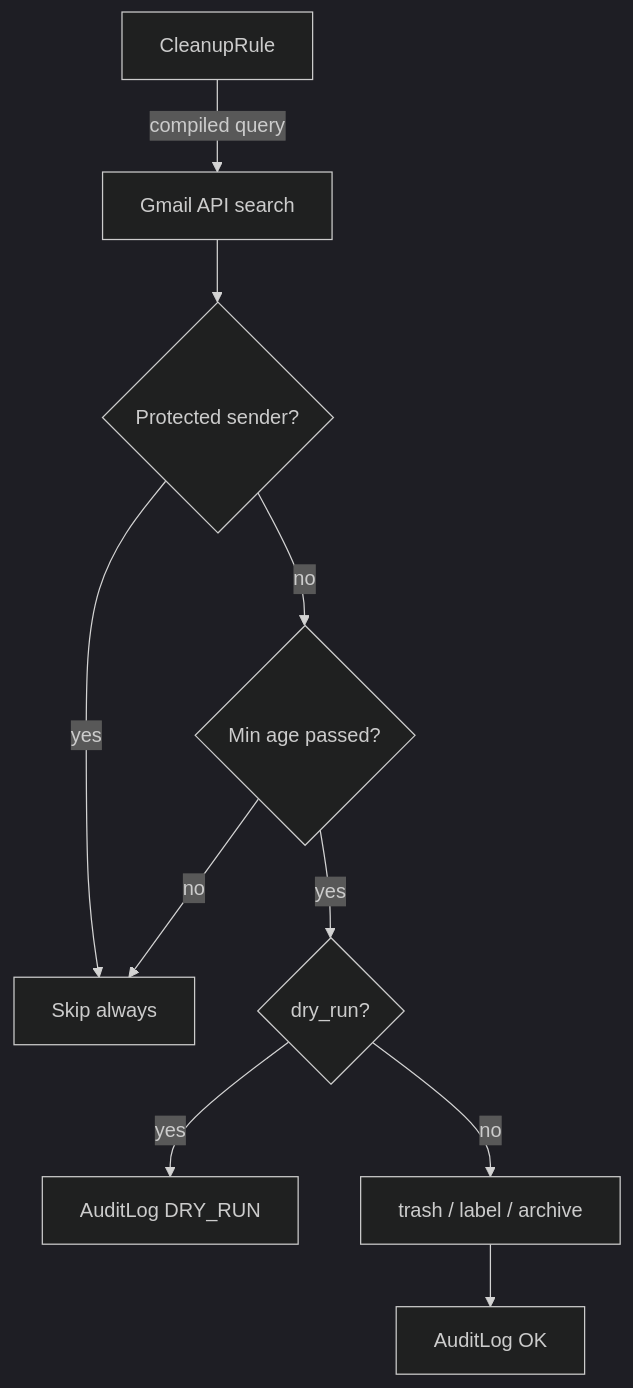
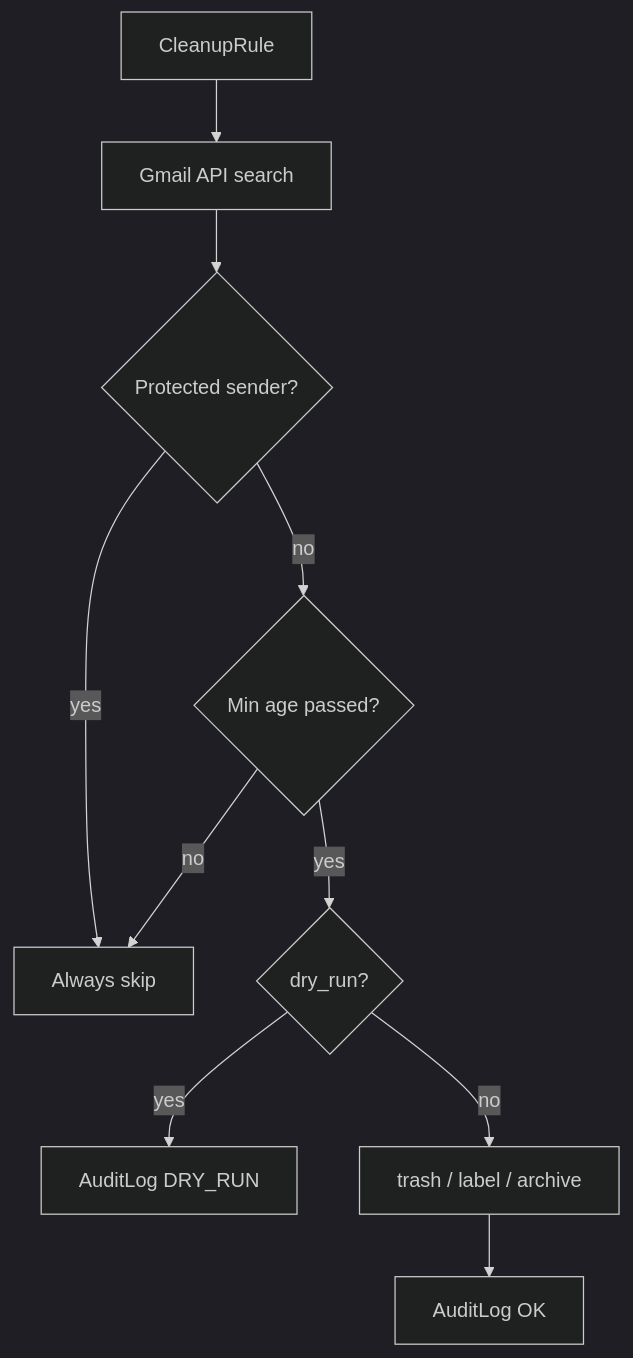
One commit to devadalberto/backdeezup changed the fourth of 5 diagrams in README.md. Above: the diagram before and after it, drawn with Mermaid (dark theme). The commit also changed other lines of this file and 1 other file, not shown here.

````diff
--- a/README.md
+++ b/README.md
@@ -65,12 +81,12 @@
 ```mermaid
 flowchart TD
-    R[CleanupRule] -->|compiled query| Q[Gmail API search]
+    R[CleanupRule] --> Q[Gmail API search]
     Q --> PS{Protected sender?}
-    PS -->|yes| SKIP[Skip always]
+    PS -->|yes| SKIP[Always skip]
     PS -->|no| AGE{Min age passed?}
     AGE -->|no| SKIP
     AGE -->|yes| DRY{dry_run?}
-    DRY -->|yes| LOG[AuditLog DRY_RUN]
+    DRY -->|yes| LOG1[AuditLog DRY_RUN]
     DRY -->|no| ACT[trash / label / archive]
     ACT --> LOG2[AuditLog OK]
 ```
````
